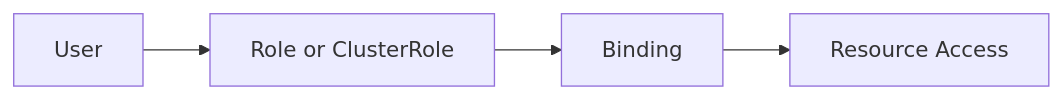
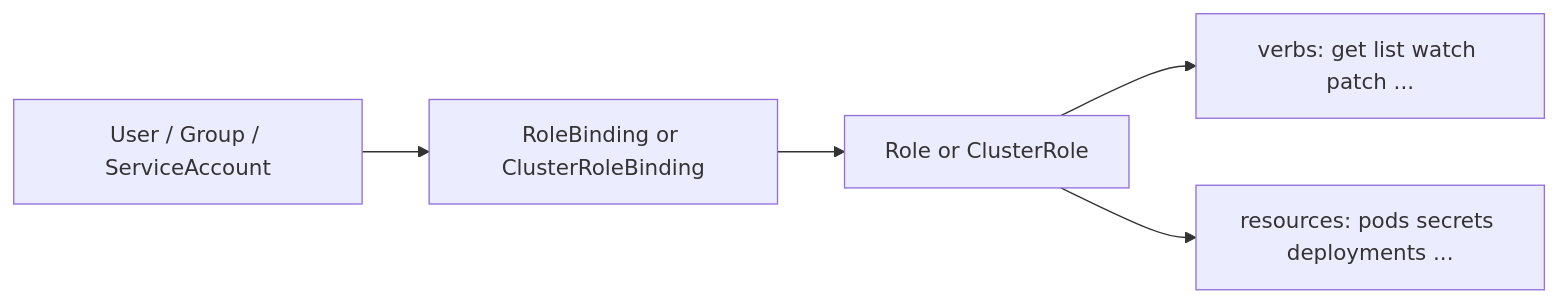
The diagram in days/day5/labs/L5.2-rbac/README.md (kumbulanit/kubernetescompr), drawn with Mermaid before and after one commit. The commit also changed other lines of this file and 26 other files, not shown here.

````diff
--- a/days/day5/labs/L5.2-rbac/README.md
+++ b/days/day5/labs/L5.2-rbac/README.md
@@ -12,6 +15,7 @@
 ```mermaid
 flowchart LR
-  User[User] --> Role[Role or ClusterRole]
-  Role --> Binding[Binding]
-  Binding --> Resource[Resource Access]
+  Subject[User / Group / ServiceAccount] --> Binding[RoleBinding or ClusterRoleBinding]
+  Binding --> Role[Role or ClusterRole]
+  Role --> Verb[verbs: get list watch patch ...]
+  Role --> Resource[resources: pods secrets deployments ...]
 ```
````
